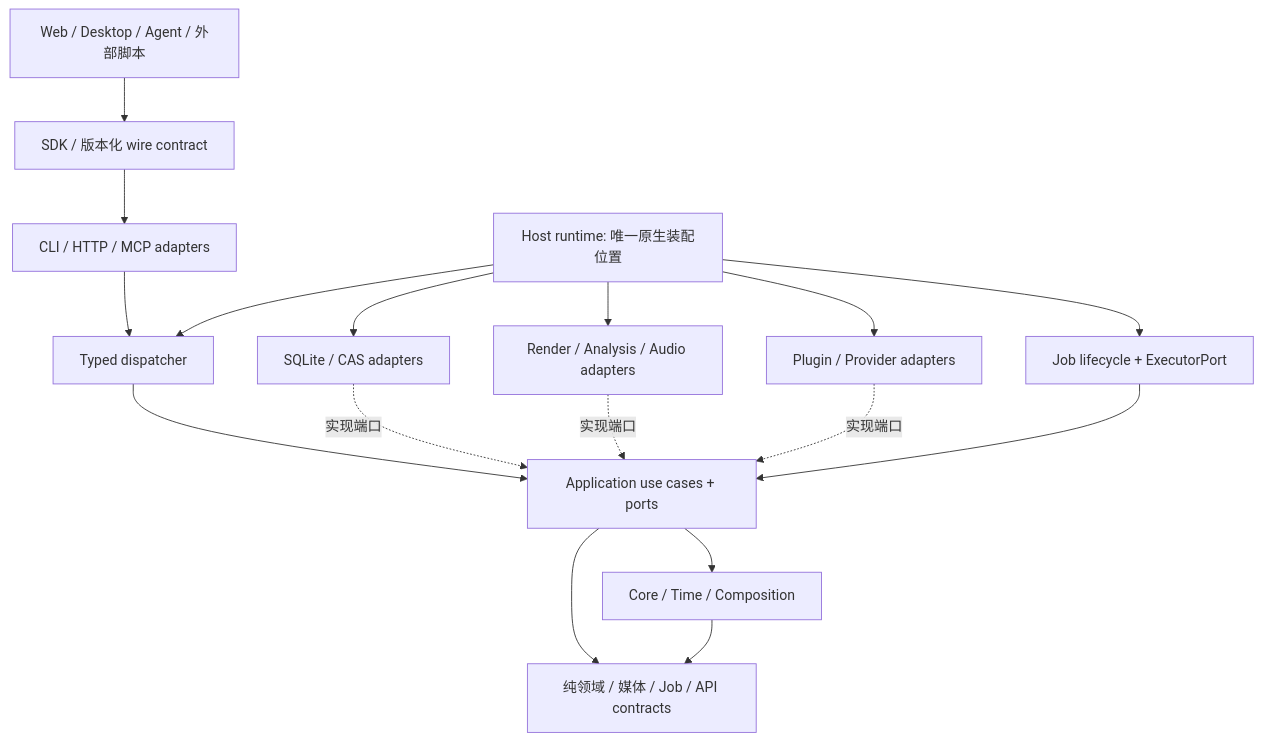
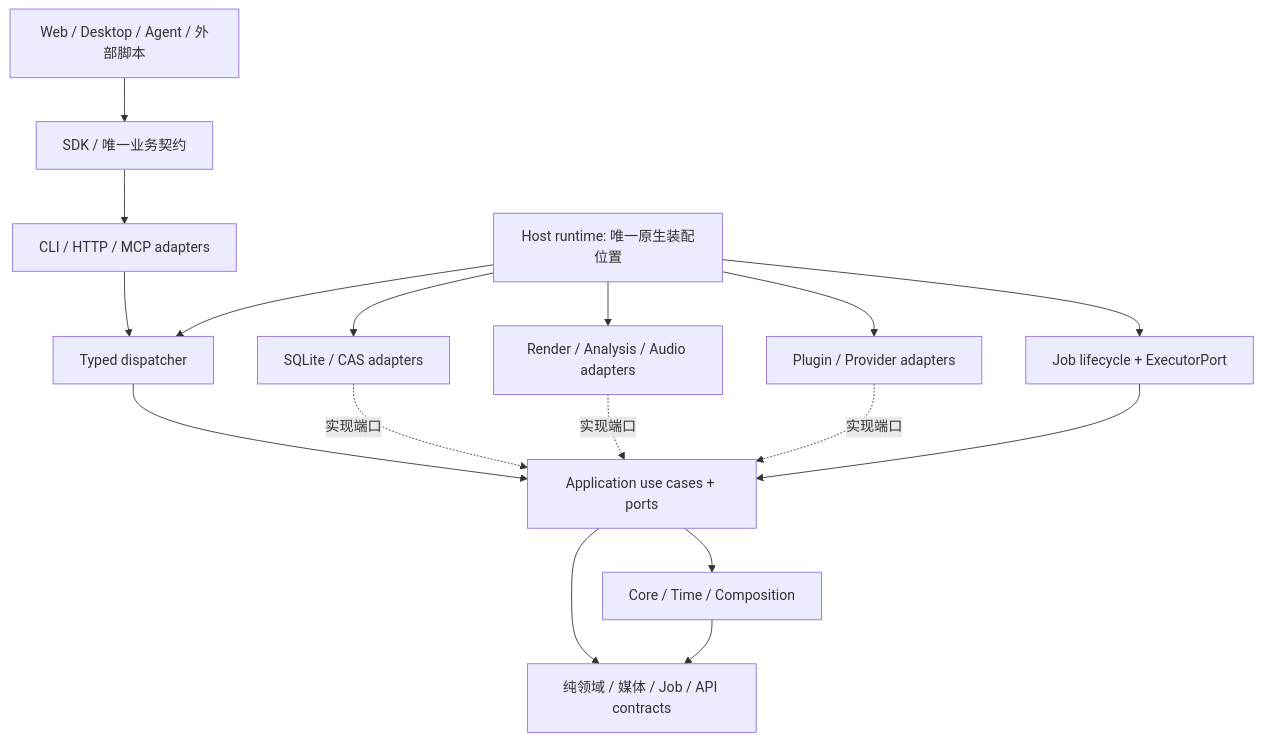
One commit to miracle-ai-studio/OpenCut changed the diagram in design/architecture/architecture-renewal-plan.md. Above: the diagram before and after it, drawn with Mermaid. The commit also changed other lines of this file and 4116 other files, not shown here.

````diff
--- a/design/architecture/architecture-renewal-plan.md
+++ b/design/architecture/architecture-renewal-plan.md
@@ -36,19 +40,19 @@
 ```mermaid
 flowchart TB
-  Clients[Web / Desktop / Agent / 外部脚本] --> SDK[SDK / 版本化 wire contract]
+  Clients[Web / Desktop / Agent / 外部脚本] --> SDK[SDK / 唯一业务契约]
   SDK --> Entry[CLI / HTTP / MCP adapters]
   Entry --> Dispatch[Typed dispatcher]
   Dispatch --> App[Application use cases + ports]
   App --> Core[Core / Time / Composition]
   App --> Contracts[纯领域 / 媒体 / Job / API contracts]
   Core --> Contracts
   Storage[SQLite / CAS adapters] -.实现端口.-> App
   Media[Render / Analysis / Audio adapters] -.实现端口.-> App
   Plugins[Plugin / Provider adapters] -.实现端口.-> App
   Worker[Job lifecycle + ExecutorPort] --> App
   Host[Host runtime: 唯一原生装配位置] --> Dispatch
   Host --> Storage
   Host --> Media
   Host --> Plugins
   Host --> Worker
 ```
````
